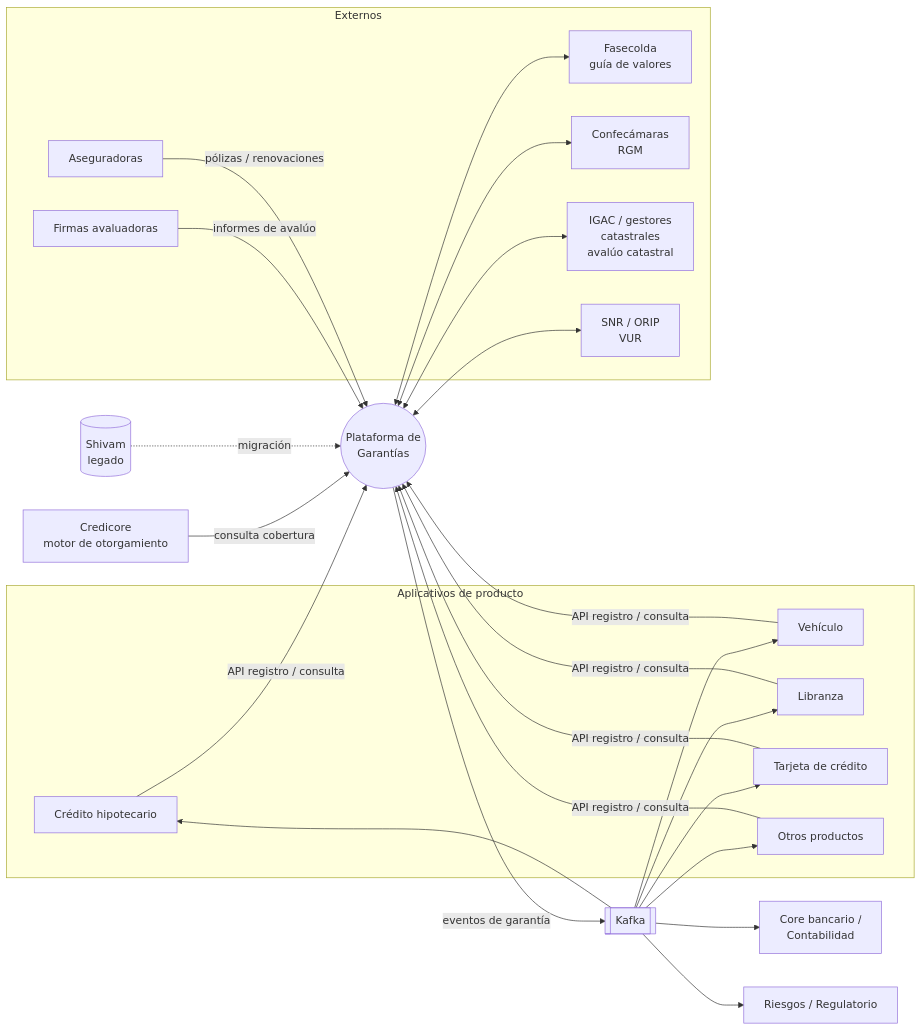
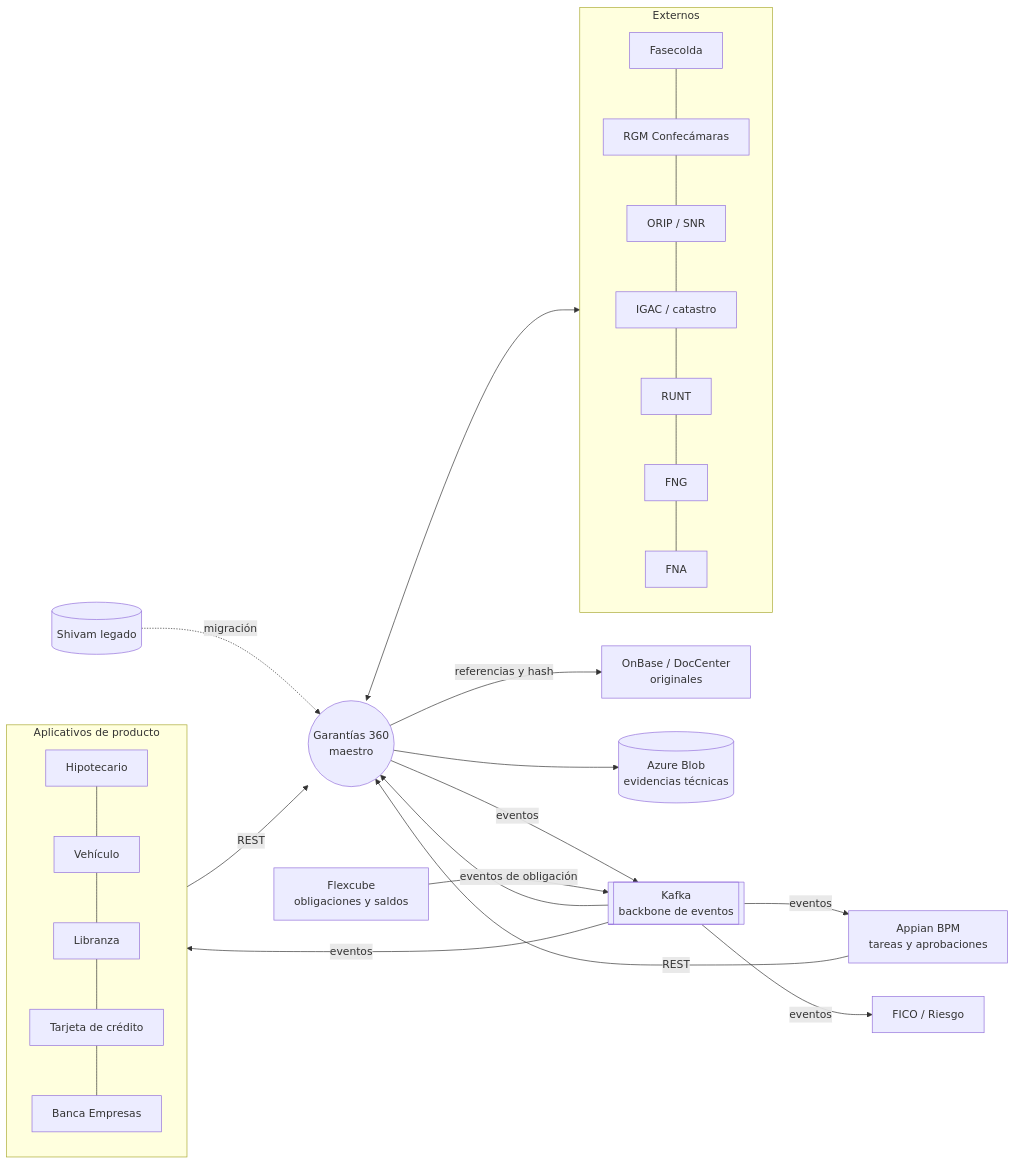
Before and after one commit to genesis-247/garantias-backend: the first of 3 diagrams in docs/especificacion/ESPECIFICACION_FUNCIONAL.md, drawn with Mermaid. The commit also changed other lines of this file and 3 other files, not shown here.

First line of the commit message:
docs: especificación v0.3 — Garantías 360 (Appian, Flexcube, OnBase, FICO), motor de cobertura, motor de reglas y anexo FNA

````diff
--- a/docs/especificacion/ESPECIFICACION_FUNCIONAL.md
+++ b/docs/especificacion/ESPECIFICACION_FUNCIONAL.md
@@ -92,36 +82,27 @@
 ```mermaid
 flowchart LR
-  subgraph Origen["Aplicativos de producto"]
-    HIP[Crédito hipotecario]
-    VEH[Vehículo]
-    LIB[Libranza]
-    TC[Tarjeta de crédito]
-    OTR[Otros productos]
+  subgraph Producto["Aplicativos de producto"]
+    HIP[Hipotecario] --- VEH[Vehículo] --- LIB[Libranza] --- TC[Tarjeta de crédito] --- BE[Banca Empresas]
+  end
+  APP[Appian BPM<br/>tareas y aprobaciones]
+  G360((Garantías 360<br/>maestro))
+  FLX[Flexcube<br/>obligaciones y saldos]
+  OB[OnBase / DocCenter<br/>originales]
+  BLOB[(Azure Blob<br/>evidencias técnicas)]
+  FICO[FICO / Riesgo]
+  KAF[[Kafka<br/>backbone de eventos]]
+  SHI[(Shivam legado)]
+  subgraph Ext["Externos"]
+    FAS[Fasecolda] --- RGM[RGM Confecámaras] --- SNR[ORIP / SNR] --- IGAC[IGAC / catastro] --- RUNT[RUNT] --- FNG[FNG] --- FNA[FNA]
   end
 
-  CRE[Credicore<br/>motor de otorgamiento]
-  PG((Plataforma de<br/>Garantías))
-  KAF[[Kafka]]
-  SHI[(Shivam<br/>legado)]
-
-  subgraph Externos
-    FAS[Fasecolda<br/>guía de valores]
-    RGM[Confecámaras<br/>RGM]
-    IGAC[IGAC / gestores<br/>catastrales<br/>avalúo catastral]
-    SNR[SNR / ORIP<br/>VUR]
-    AVA[Firmas avaluadoras]
-    ASE[Aseguradoras]
-  end
-
-  CORE[Core bancario /<br/>Contabilidad]
-  RIE[Riesgos / Regulatorio]
-
-  HIP & VEH & LIB & TC & OTR -- "API registro / consulta" --> PG
-  CRE -- "consulta cobertura" --> PG
-  PG -- "eventos de garantía" --> KAF
-  KAF --> HIP & VEH & LIB & TC & OTR & CORE & RIE
-  SHI -. "migración" .-> PG
-  PG <--> FAS & RGM & IGAC & SNR
-  AVA -- "informes de avalúo" --> PG
-  ASE -- "pólizas / renovaciones" --> PG
+  Producto -- REST --> G360
+  APP -- REST --> G360
+  G360 -- eventos --> KAF
+  KAF -- eventos --> APP & FICO & Producto
+  FLX -- eventos de obligación --> KAF --> G360
+  G360 -- referencias y hash --> OB
+  G360 --> BLOB
+  G360 <--> Ext
+  SHI -. migración .-> G360
 ```
````
